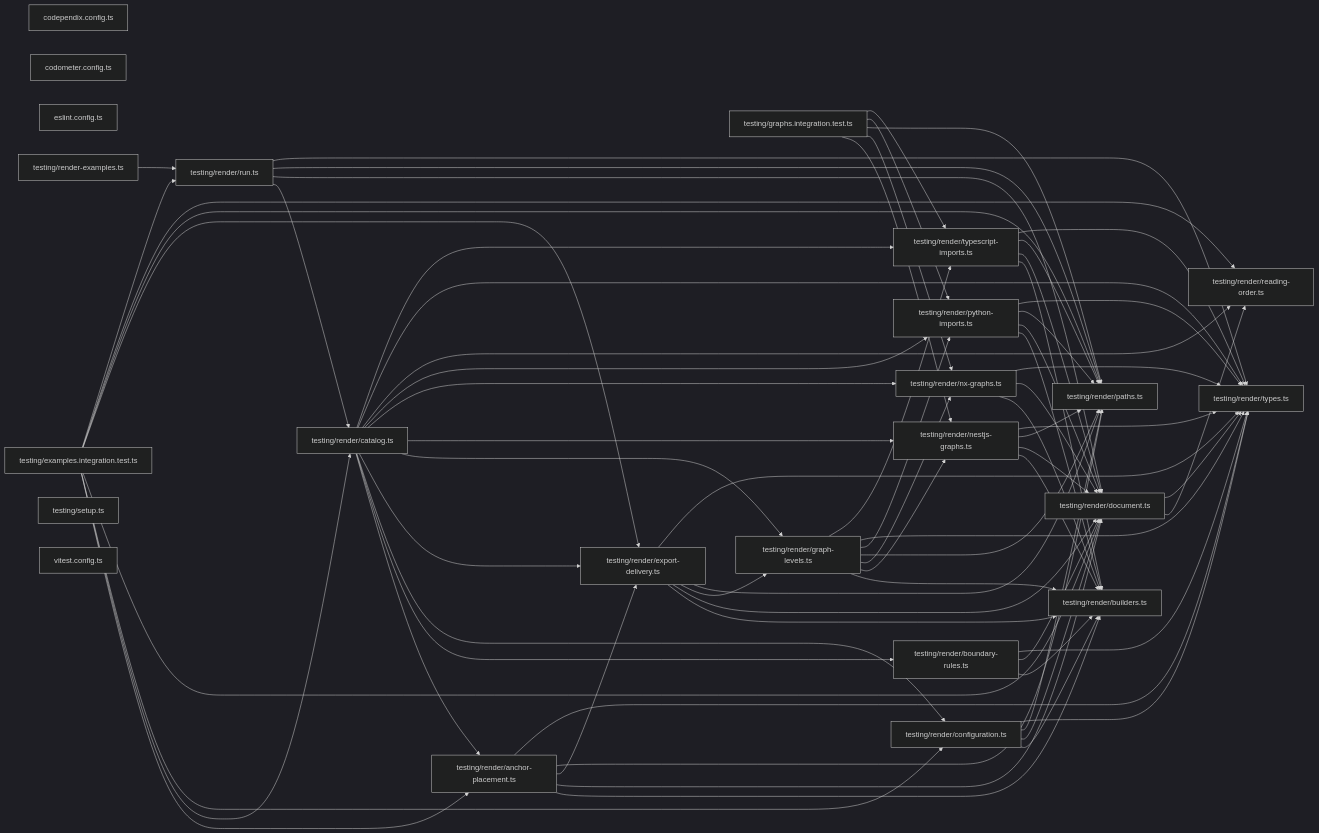
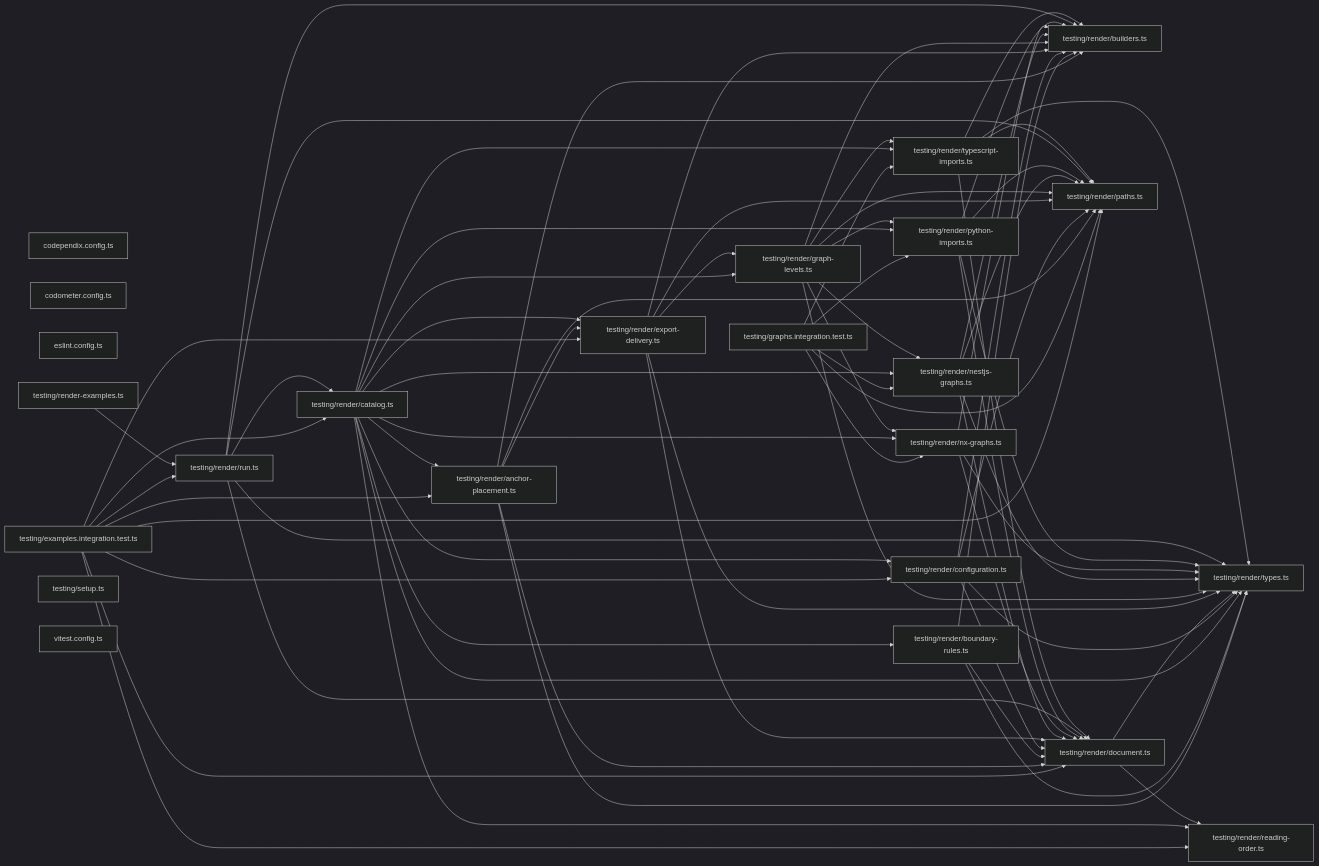
The second of 2 diagrams in packages/ic-suite/codependix/codependix-examples/README.md (JimmyPaolini/codebase), drawn with Mermaid (dark theme) before and after one commit. The commit also changed other lines of this file and 16 other files, not shown here.

Commit message:
refactor(codependix): ♻️ measure the moved size limits and regenerate the module graphs

```diff
--- a/packages/ic-suite/codependix/codependix-examples/README.md
+++ b/packages/ic-suite/codependix/codependix-examples/README.md
@@ -303,6 +309,7 @@
   file_testing_render_python_imports_ts --> file_testing_render_document_ts
   file_testing_render_python_imports_ts --> file_testing_render_paths_ts
   file_testing_render_python_imports_ts --> file_testing_render_types_ts
+  file_testing_render_run_ts --> file_testing_render_builders_ts
   file_testing_render_run_ts --> file_testing_render_catalog_ts
   file_testing_render_run_ts --> file_testing_render_document_ts
   file_testing_render_run_ts --> file_testing_render_paths_ts
```
